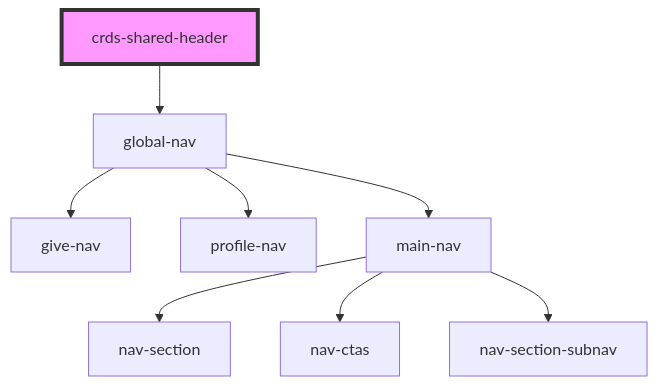
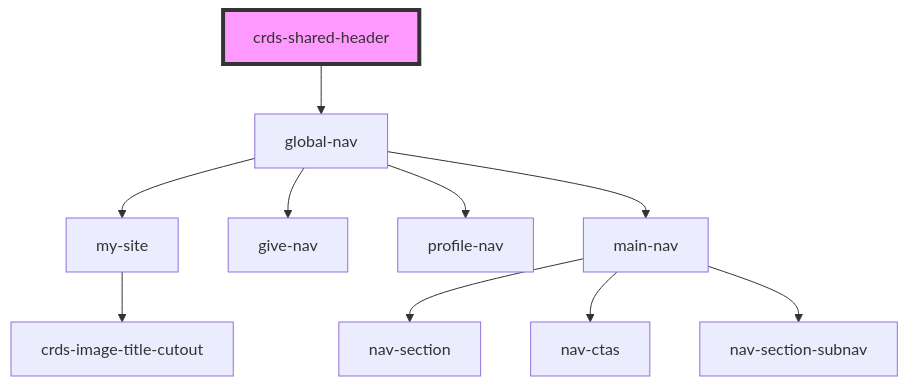
The diagram in src/components/crds-shared-header/readme.md (dholloran-ample/visual-regression-testing-IP), drawn with Mermaid before and after one commit. The commit also changed 18 other files, not shown here.

````diff
--- a/src/components/crds-shared-header/readme.md
+++ b/src/components/crds-shared-header/readme.md
@@ -23,11 +23,13 @@
 ```mermaid
 graph TD;
   crds-shared-header --> global-nav
+  global-nav --> my-site
   global-nav --> give-nav
   global-nav --> profile-nav
   global-nav --> main-nav
+  my-site --> crds-image-title-cutout
   main-nav --> nav-section
   main-nav --> nav-ctas
   main-nav --> nav-section-subnav
   style crds-shared-header fill:#f9f,stroke:#333,stroke-width:4px
 ```
````
